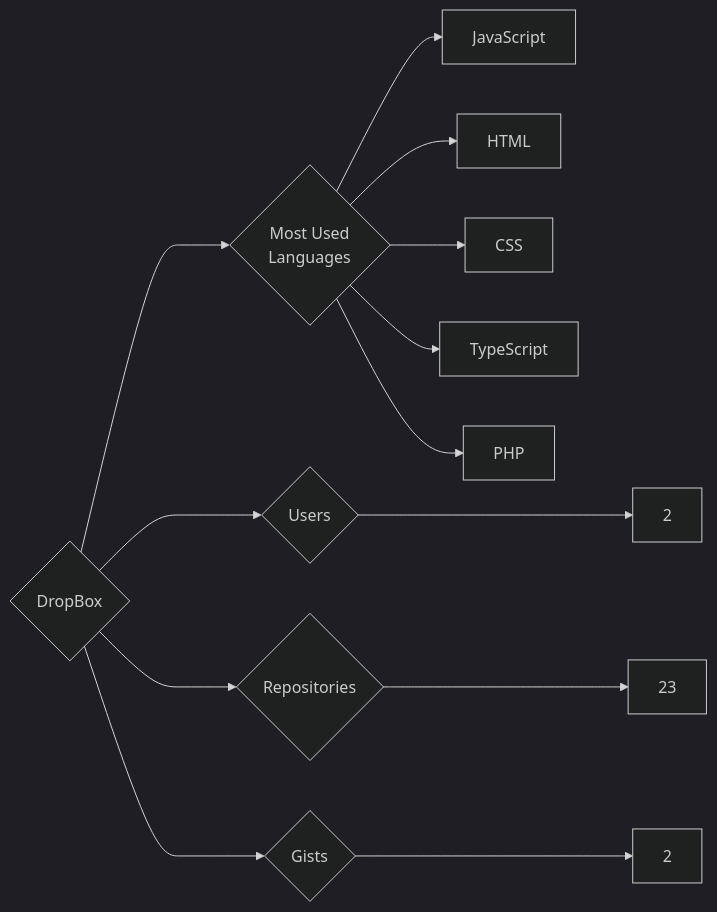
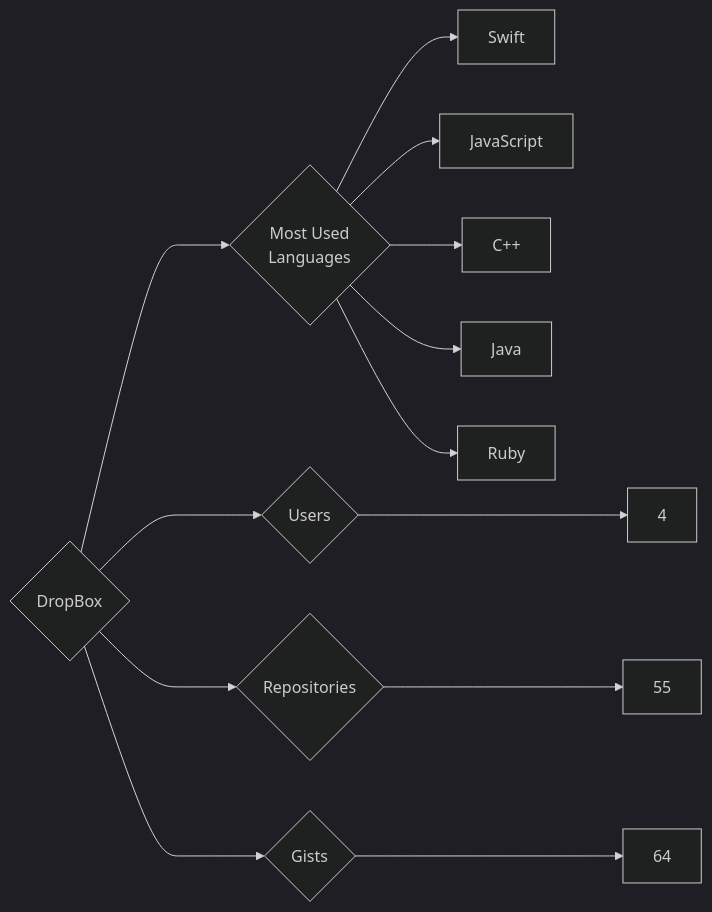
Before and after one commit to trickest/insiders: the diagram in targets/DropBox/README.md, drawn with Mermaid (dark theme). The commit also changed 783 other files, not shown here.

````diff
--- a/targets/DropBox/README.md
+++ b/targets/DropBox/README.md
@@ -3,13 +3,13 @@
 ```mermaid
 graph LR
 COMPANY_NAME{DropBox}
-COMPANY_NAME ---> U{Users} ---> UN[2]
-COMPANY_NAME ---> R{Repositories} ---> RN[23]
-COMPANY_NAME ---> G{Gists} ---> GN[2]
+COMPANY_NAME ---> U{Users} ---> UN[4]
+COMPANY_NAME ---> R{Repositories} ---> RN[55]
+COMPANY_NAME ---> G{Gists} ---> GN[64]
 COMPANY_NAME ---> ML{Most Used<br>Languages}
+ML --> Swift[Swift]
 ML --> JavaScript[JavaScript]
-ML --> HTML[HTML]
-ML --> CSS[CSS]
-ML --> TypeScript[TypeScript]
-ML --> PHP[PHP]
+ML --> C++[C++]
+ML --> Java[Java]
+ML --> Ruby[Ruby]
 ```
````
